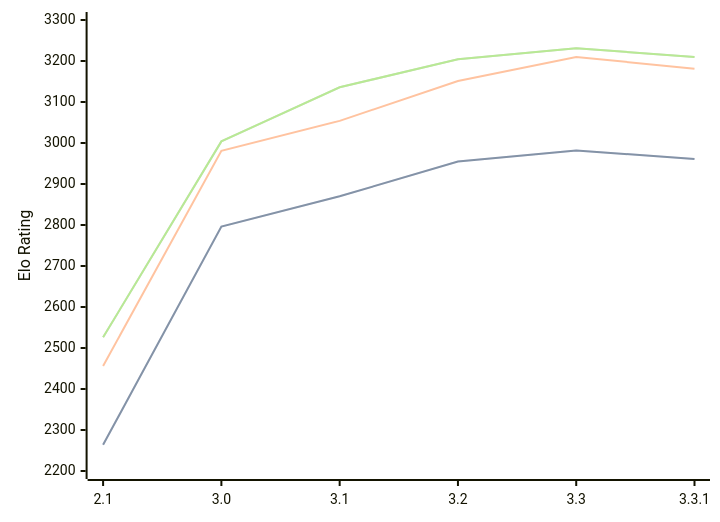
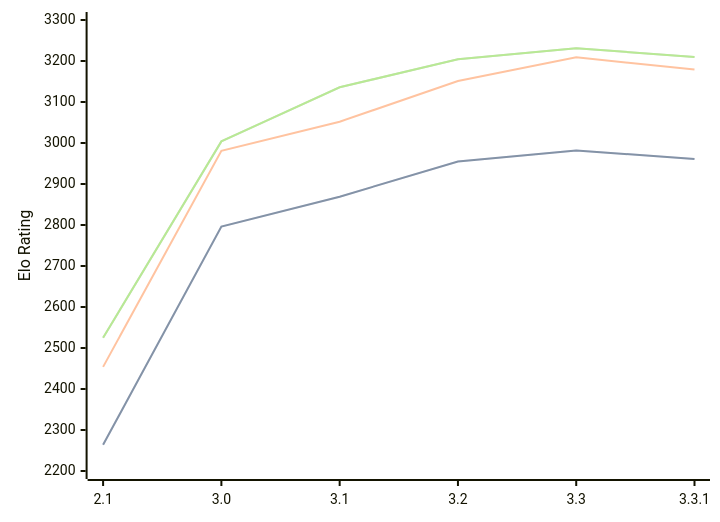
Before and after one commit to computer-chess-index/cci: the diagram in engines/Petrel.md, drawn with Mermaid. The commit also changed other lines of this file, not shown here.

Commit message:
Update CCI Ratings (ELO VLTC) - 2026-03-16

````diff
--- a/engines/Petrel.md
+++ b/engines/Petrel.md
@@ -41,11 +41,11 @@
 ```mermaid
 %%{init: {"theme":"base","themeVariables":{"seriesColors:['#a3a3a3','#222221','#faa371']}}}%%
 xychart-beta
   x-axis ["2.1", "3.0", "3.1", "3.2", "3.3", "3.3.1"]
   y-axis "Elo Rating" 2200 --> 3300
-  line "STC (8.0+0.08s)" [2264, 2796, 2870, 2955, 2982, 2961]
-  line "STC (8.0+0.08s)" [2264, 2796, 2870, 2955, 2982, 2961]
-  line "LTC (60.0+0.60s)" [2456, 2981, 3054, 3151, 3210, 3181]
-  line "VLTC (2m24s+1.12s)" [2526, 3004, 3136, 3204, 3231, 3210]
-  line "VLTC (2m24s+1.12s)" [2526, 3004, 3136, 3204, 3231, 3210]
+  line "STC (8.0+0.08s)" [2264, 2796, 2869, 2955, 2982, 2961]
+  line "STC (8.0+0.08s)" [2264, 2796, 2869, 2955, 2982, 2961]
+  line "LTC (60.0+0.60s)" [2454, 2981, 3052, 3151, 3209, 3179]
+  line "VLTC (2m24s+1.12s)" [2525, 3004, 3136, 3204, 3231, 3210]
+  line "VLTC (2m24s+1.12s)" [2525, 3004, 3136, 3204, 3231, 3210]
 ```
````
